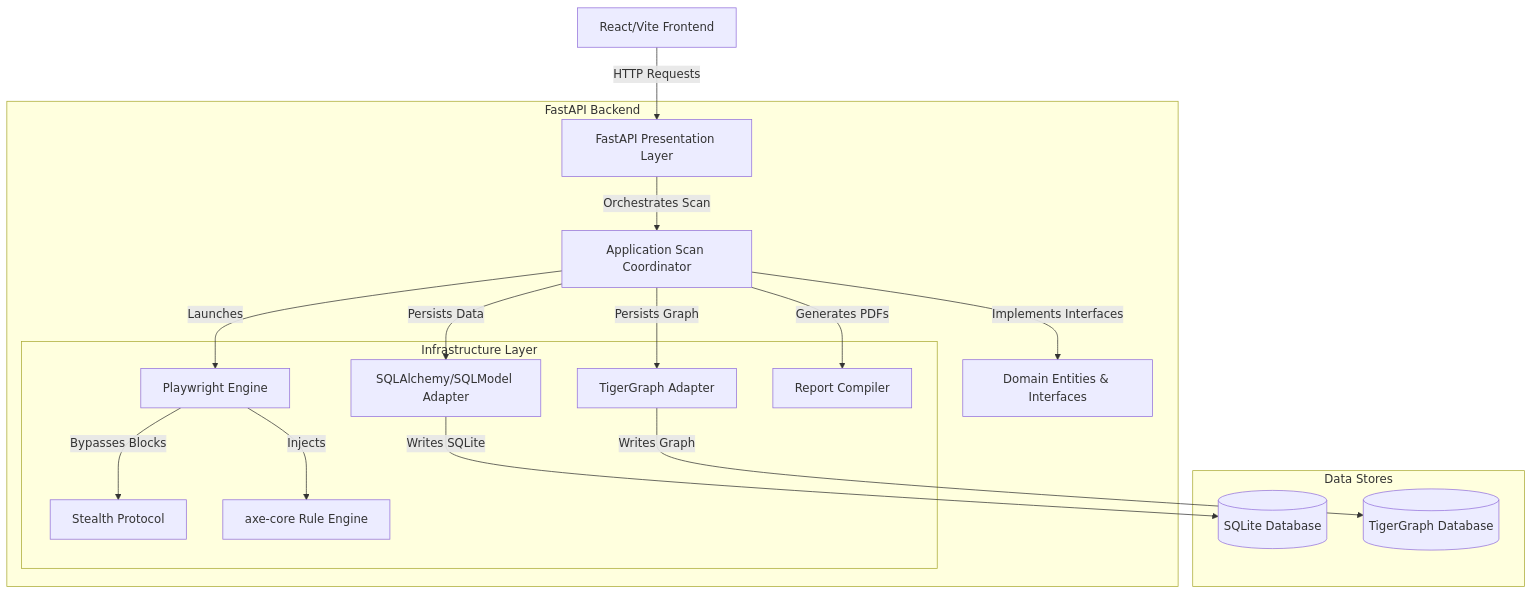
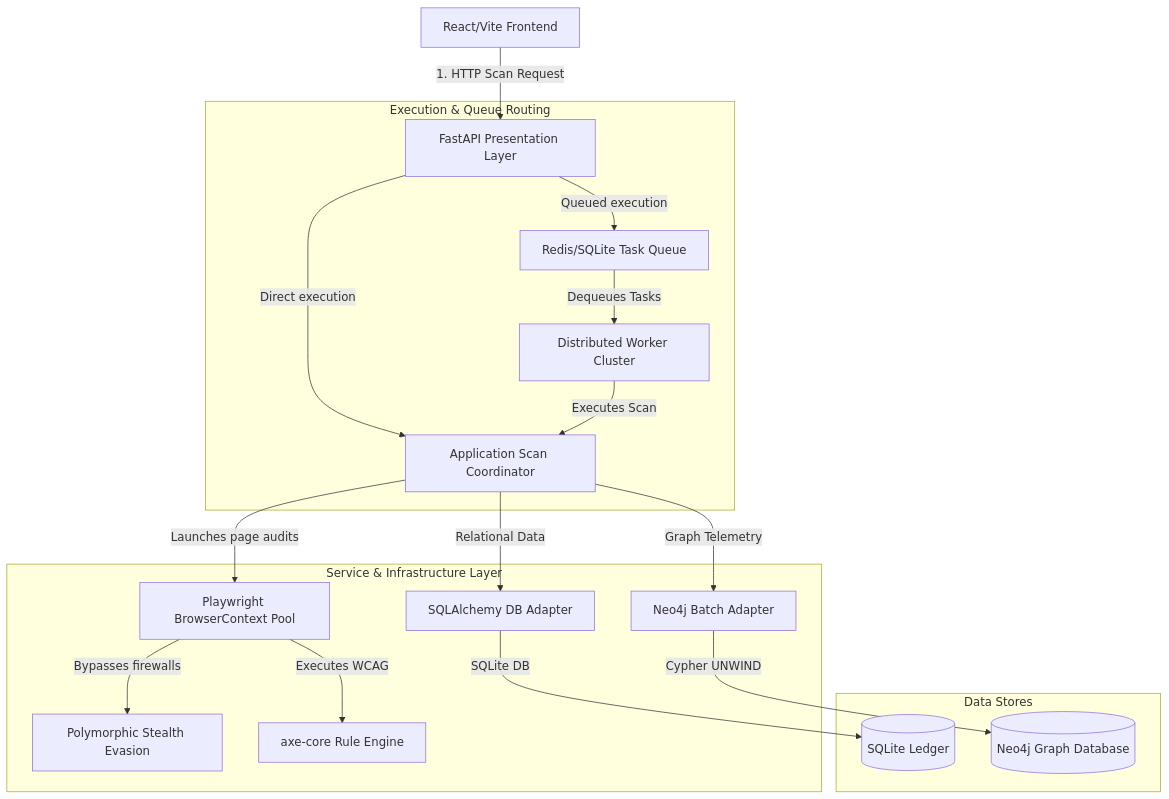
One commit to Srijato-05/Web_Accessibility_Auditor changed the first of 2 diagrams in README.md. Above: the diagram before and after it, drawn with Mermaid. The commit also changed other lines of this file and 68 other files, not shown here.

````diff
--- a/README.md
+++ b/README.md
@@ -36,30 +36,25 @@
 ```mermaid
 graph TD
-    Client[React/Vite Frontend] -->|HTTP Requests| API[FastAPI Presentation Layer]
+    Client[React/Vite Frontend] -->|1. HTTP Scan Request| API[FastAPI Presentation Layer]
     
-    subgraph FastAPI Backend
-        API -->|Orchestrates Scan| AppService[Application Scan Coordinator]
-        AppService -->|Implements Interfaces| Domain[Domain Entities & Interfaces]
+    subgraph Execution & Queue Routing
+        API -->|Direct execution| AppService[Application Scan Coordinator]
+        API -->|Queued execution| TaskQueue[Redis/SQLite Task Queue]
+        TaskQueue -->|Dequeues Tasks| Workers[Distributed Worker Cluster]
+        Workers -->|Executes Scan| AppService
+    end
+
+    subgraph Service & Infrastructure Layer
+        AppService -->|Launches page audits| BrowserPool[Playwright BrowserContext Pool]
+        BrowserPool -->|Bypasses firewalls| Stealth[Polymorphic Stealth Evasion]
+        BrowserPool -->|Executes WCAG| AxeInject[axe-core Rule Engine]
         
-        subgraph Infrastructure Layer
-            BrowserEngine[Playwright Engine]
-            Stealth[Stealth Protocol]
-            AxeInject[axe-core Rule Engine]
-            DBAdapter[SQLAlchemy/SQLModel Adapter]
-            TigerAdapter[TigerGraph Adapter]
-            PDFCompiler[Report Compiler]
-        end
-        
-        AppService -->|Launches| BrowserEngine
-        BrowserEngine -->|Bypasses Blocks| Stealth
-        BrowserEngine -->|Injects| AxeInject
-        AppService -->|Persists Data| DBAdapter
-        AppService -->|Persists Graph| TigerAdapter
-        AppService -->|Generates PDFs| PDFCompiler
+        AppService -->|Relational Data| SQLiteAdapter[SQLAlchemy DB Adapter]
+        AppService -->|Graph Telemetry| Neo4jAdapter[Neo4j Batch Adapter]
     end
     
     subgraph Data Stores
-        DBAdapter -->|Writes SQLite| SQLite[(SQLite Database)]
-        TigerAdapter -->|Writes Graph| TG[(TigerGraph Database)]
+        SQLiteAdapter -->|SQLite DB| SQLite[(SQLite Ledger)]
+        Neo4jAdapter -->|Cypher UNWIND| Neo4j[(Neo4j Graph Database)]
     end
 ```
````
